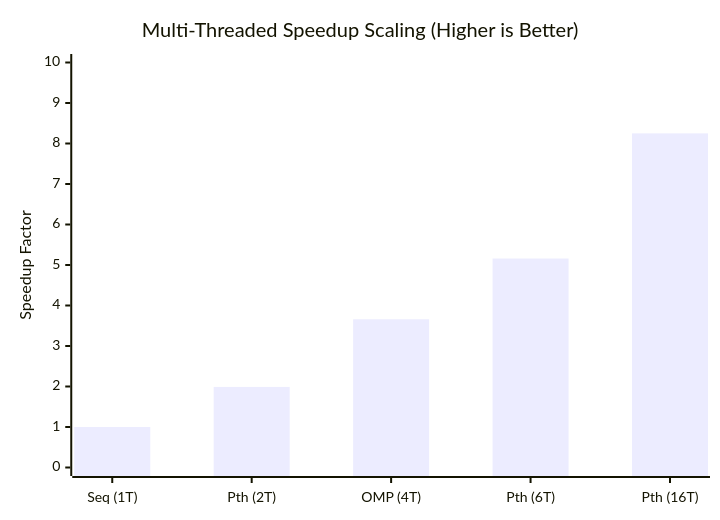
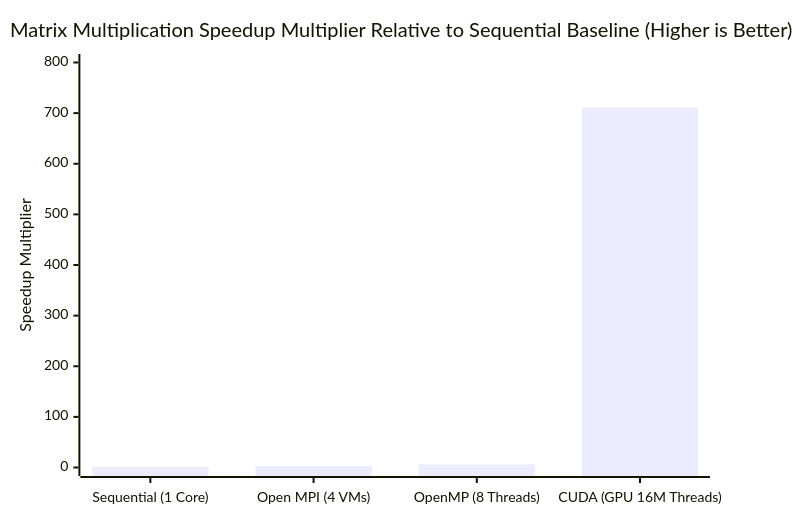
Before and after one commit to mehaksayedyusuf/Parallel-and-GPU-Computing: the second of 2 diagrams in README.md, drawn with Mermaid. The commit also changed other lines of this file and 10 other files, not shown here.

Commit message:
docs: master all-in-one comparative analysis with standalone screenshots, architectural roadmap, and deep technical descriptions

````diff
--- a/README.md
+++ b/README.md
@@ -568,7 +400,7 @@
 ```mermaid
 xychart-beta
-    title "Multi-Threaded Speedup Scaling (Higher is Better)"
-    x-axis ["Seq (1T)", "Pth (2T)", "OMP (4T)", "Pth (6T)", "Pth (16T)"]
-    y-axis "Speedup Factor" 0 --> 10
-    bar [1.0, 1.99, 3.66, 5.16, 8.25]
+    title "Matrix Multiplication Speedup Multiplier Relative to Sequential Baseline (Higher is Better)"
+    x-axis ["Sequential (1 Core)", "Open MPI (4 VMs)", "OpenMP (8 Threads)", "CUDA (GPU 16M Threads)"]
+    y-axis "Speedup Multiplier" 0 --> 800
+    bar [1.0, 2.63, 6.02, 711.68]
 ```
````
